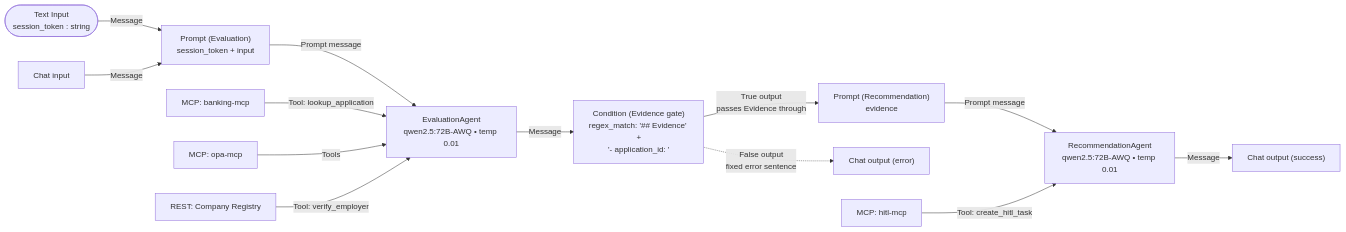
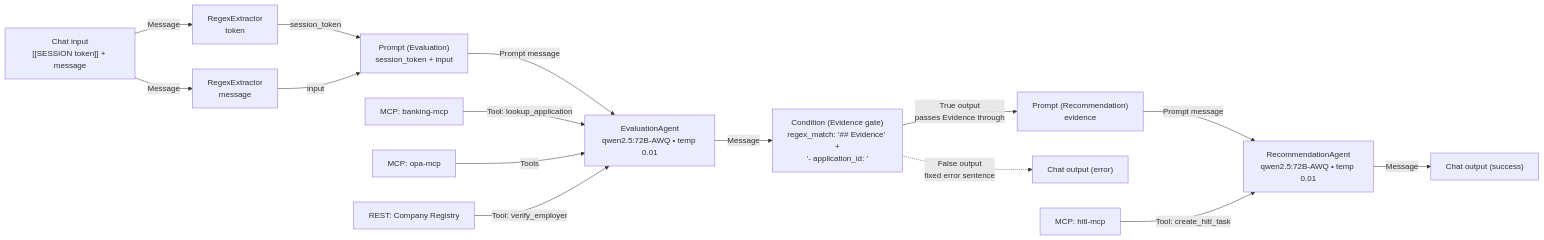
Before and after one commit to vmleon/oracle-database-private-agent-factory-poc: the first of 4 diagrams in paf/flows/CHAT_WORKFLOW.md, drawn with Mermaid. The commit also changed other lines of this file and 3 other files, not shown here.

Commit message:
feat(chat_workflow): per-request session token via in-band envelope

````diff
--- a/paf/flows/CHAT_WORKFLOW.md
+++ b/paf/flows/CHAT_WORKFLOW.md
@@ -43,18 +43,20 @@
 ```mermaid
 flowchart LR
-    TOK(["Text Input<br/>session_token : string"]) -->|Message| EP
-    CI["Chat input"] -->|Message| EP
+    CI["Chat input<br/>[[SESSION token]] + message"] -->|Message| RT["RegexExtractor<br/>token"]
+    CI -->|Message| RM["RegexExtractor<br/>message"]
+    RT -->|session_token| EP
+    RM -->|input| EP
     EP["Prompt (Evaluation)<br/>session_token + input"] -->|Prompt message| EA
     BNK["MCP: banking-mcp"] -->|Tool: lookup_application| EA
     OPA["MCP: opa-mcp"] -->|Tools| EA["EvaluationAgent<br/>qwen2.5:72B-AWQ • temp 0.01"]
     REG["REST: Company Registry"] -->|Tool: verify_employer| EA
 
     EA -->|Message| GATE["Condition (Evidence gate)<br/>regex_match: '## Evidence' +<br/>'- application_id: <int>'"]
     GATE -->|True output<br/>passes Evidence through| RP["Prompt (Recommendation)<br/>evidence"]
     GATE -.->|False output<br/>fixed error sentence| COE["Chat output (error)"]
 
     RP -->|Prompt message| RA["RecommendationAgent<br/>qwen2.5:72B-AWQ • temp 0.01"]
     HITL["MCP: hitl-mcp"] -->|Tool: create_hitl_task| RA
 
     RA -->|Message| COS["Chat output (success)"]
 ```
````
